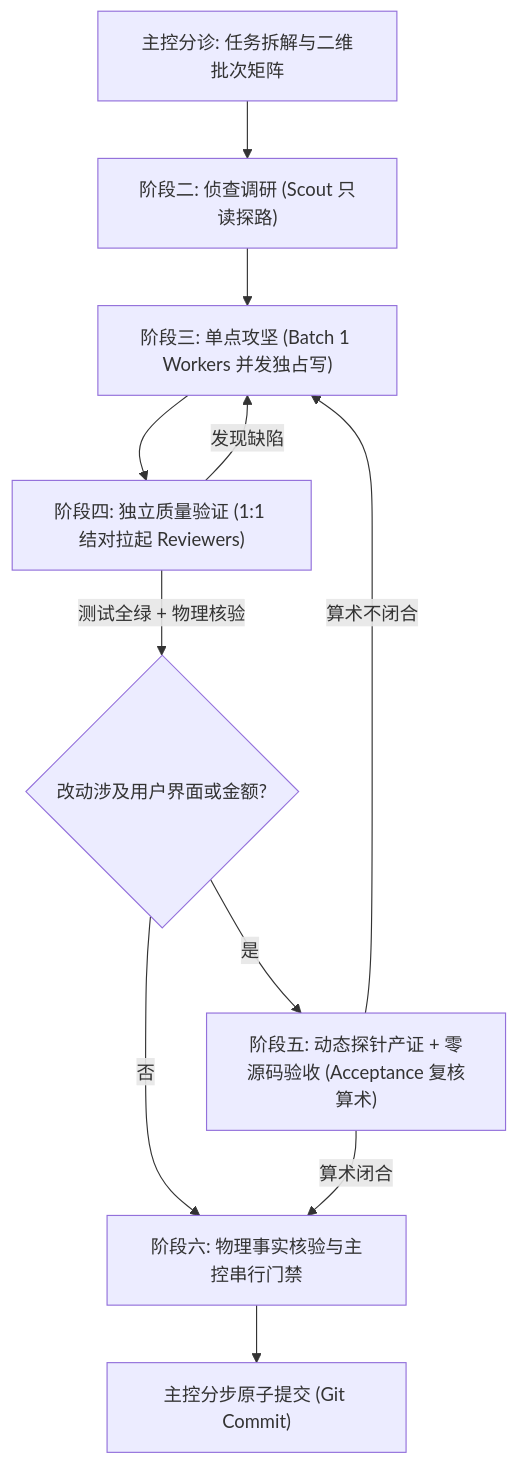
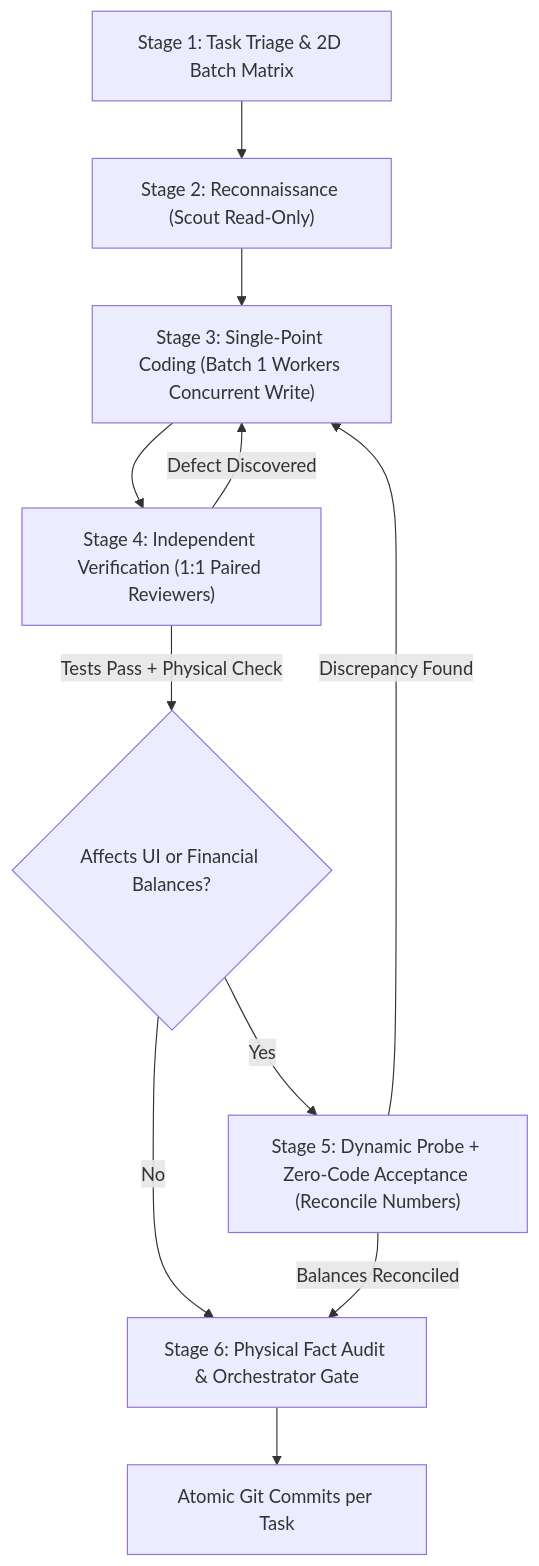
Before and after one commit to elias-zhao/antigravity-quad: the diagram in README.md, drawn with Mermaid. The commit also changed other lines of this file and 3 other files, not shown here.

````diff
--- a/README.md
+++ b/README.md
@@ -73,13 +75,13 @@
 ```mermaid
 flowchart TD
-    A["主控分诊: 任务拆解与二维批次矩阵"] --> B["阶段二: 侦查调研 (Scout 只读探路)"]
-    B --> C["阶段三: 单点攻坚 (Batch 1 Workers 并发独占写)"]
-    C --> D["阶段四: 独立质量验证 (1:1 结对拉起 Reviewers)"]
-    D -->|发现缺陷| C
-    D -->|测试全绿 + 物理核验| E{"改动涉及用户界面或金额?"}
-    E -- 是 --> F["阶段五: 动态探针产证 + 零源码验收 (Acceptance 复核算术)"]
-    E -- 否 --> G["阶段六: 物理事实核验与主控串行门禁"]
-    F -->|算术闭合| G
-    F -->|算术不闭合| C
-    G --> H["主控分步原子提交 (Git Commit)"]
+    A["Stage 1: Task Triage & 2D Batch Matrix"] --> B["Stage 2: Reconnaissance (Scout Read-Only)"]
+    B --> C["Stage 3: Single-Point Coding (Batch 1 Workers Concurrent Write)"]
+    C --> D["Stage 4: Independent Verification (1:1 Paired Reviewers)"]
+    D -->|Defect Discovered| C
+    D -->|Tests Pass + Physical Check| E{"Affects UI or Financial Balances?"}
+    E -- Yes --> F["Stage 5: Dynamic Probe + Zero-Code Acceptance (Reconcile Numbers)"]
+    E -- No --> G["Stage 6: Physical Fact Audit & Orchestrator Gate"]
+    F -->|Balances Reconciled| G
+    F -->|Discrepancy Found| C
+    G --> H["Atomic Git Commits per Task"]
 ```
````
